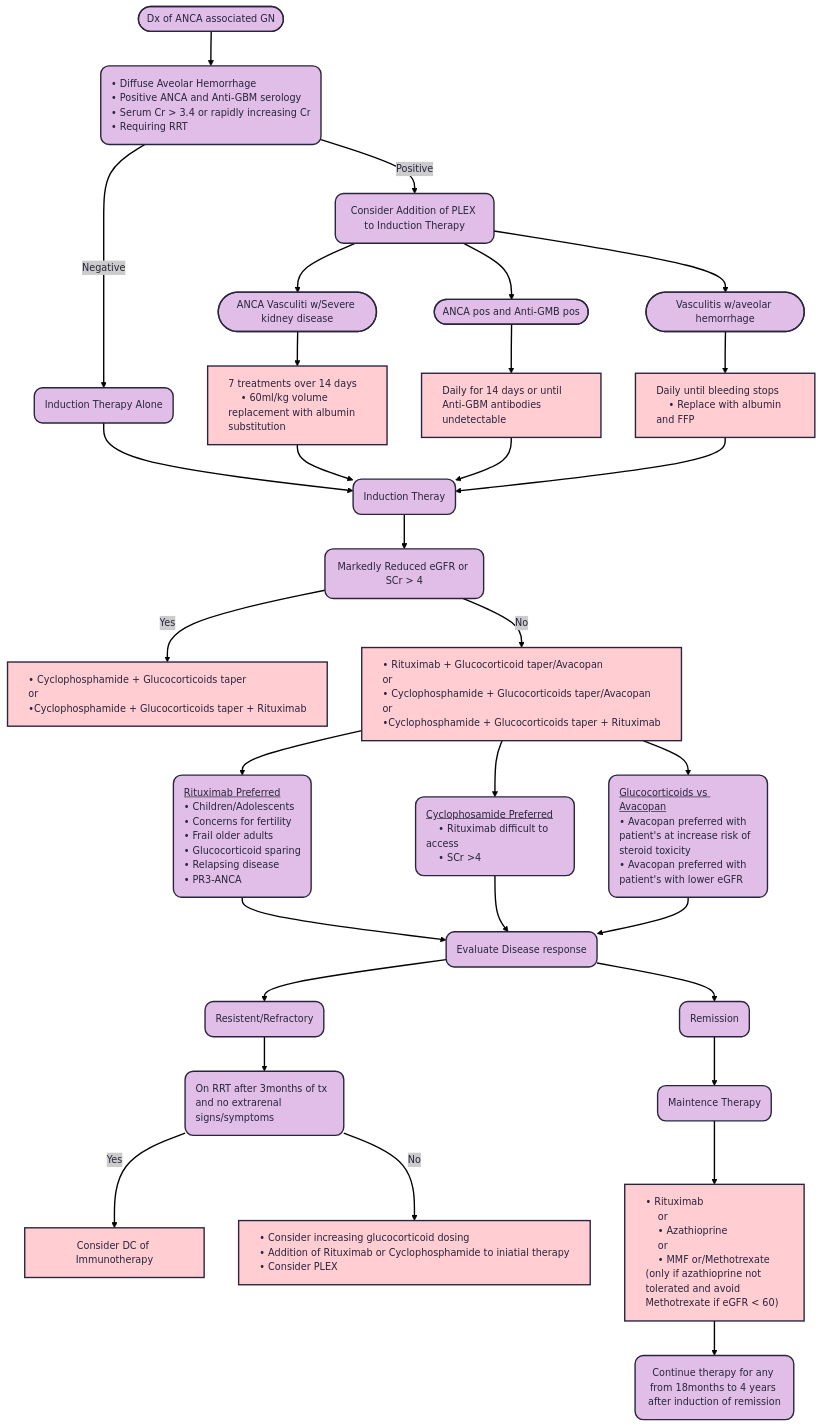
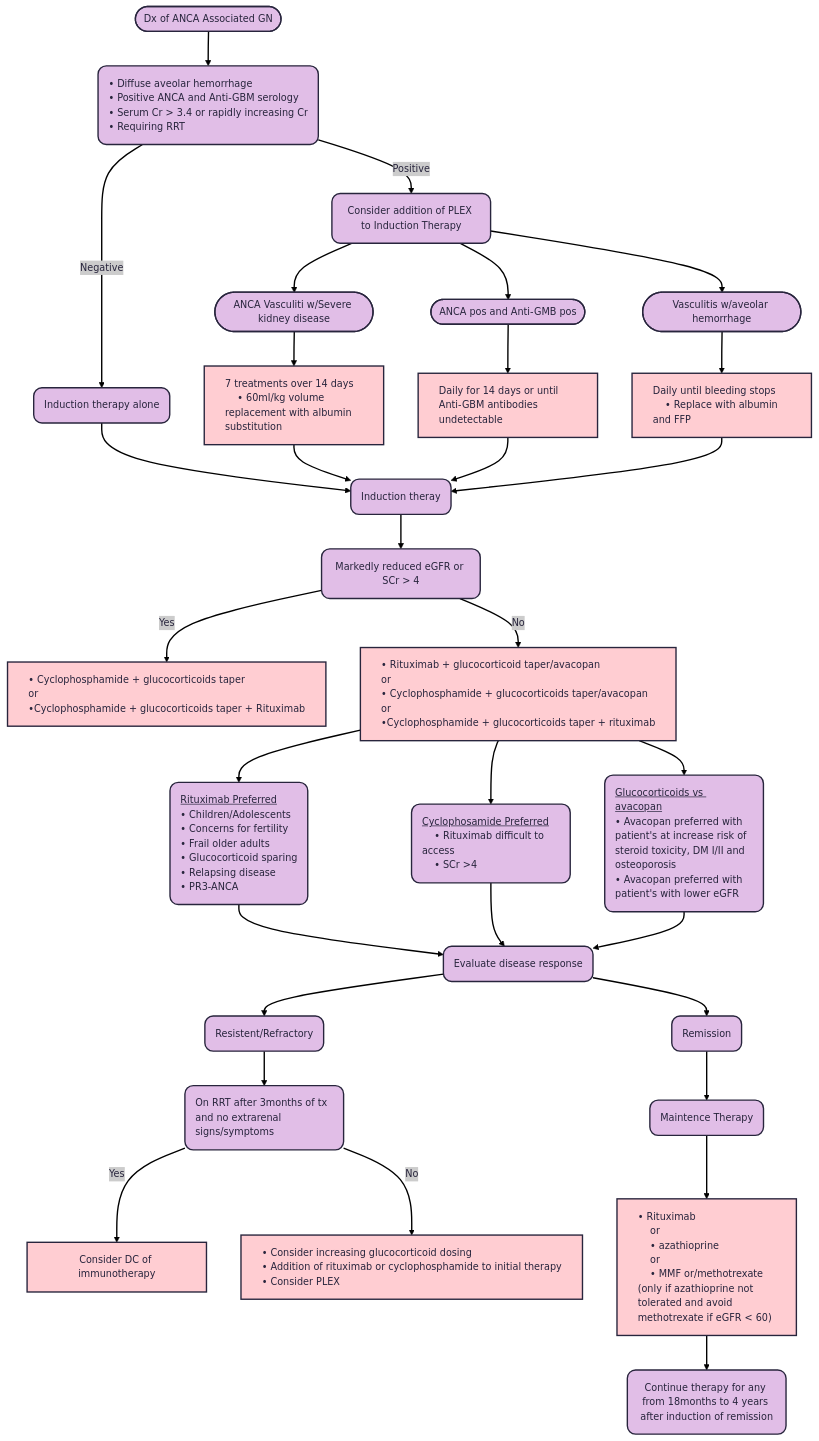
The second of 2 diagrams in docs/ANCA.md (TTUNEPH2025/GN), drawn with Mermaid before and after one commit.

```diff
--- a/docs/ANCA.md
+++ b/docs/ANCA.md
@@ -152,14 +152,14 @@
   theme: redux
 ---
 flowchart TD
-    A(["Dx of ANCA associated GN"]) --> n2["• Diffuse Aveolar Hemorrhage
+    A(["Dx of ANCA Associated GN"]) --> n2["• Diffuse aveolar hemorrhage
     • Positive ANCA and Anti-GBM serology
     • Serum Cr > 3.4 or rapidly increasing Cr
     • Requiring RRT"]
-    n2 -- Negative --> n1["Induction Therapy Alone"]
-    n2 -- Positive --> n3["Consider Addition of PLEX to Induction Therapy"]
+    n2 -- Negative --> n1["Induction therapy alone"]
+    n2 -- Positive --> n3["Consider addition of PLEX to Induction Therapy"]
     n3 --> n4(["ANCA Vasculiti w/Severe kidney disease"]) & n5(["Vasculitis w/aveolar hemorrhage"]) & n6(["ANCA pos and Anti-GMB pos"])
-    n1 --> n7["Induction Theray"]
+    n1 --> n7["Induction theray"]
     n4 --> n10["7 treatments over 14 days
     • 60ml/kg volume replacement with albumin substitution"]
     n6 --> n11["Daily for 14 days or until Anti-GBM antibodies undetectable"]
@@ -168,15 +168,15 @@
     n10 --> n7
     n11 --> n7
     n12 --> n7
-    n7 --> n13["Markedly Reduced eGFR or SCr > 4"]
-    n13 -- Yes --> n16["• Cyclophosphamide + Glucocorticoids taper
+    n7 --> n13["Markedly reduced eGFR or SCr > 4"]
+    n13 -- Yes --> n16["• Cyclophosphamide + glucocorticoids taper
     or
-    •Cyclophosphamide + Glucocorticoids taper + Rituximab"]
-    n13 -- No --> n17["• Rituximab + Glucocorticoid taper/Avacopan 
+    •Cyclophosphamide + glucocorticoids taper + Rituximab"]
+    n13 -- No --> n17["• Rituximab + glucocorticoid taper/avacopan 
     or
-    • Cyclophosphamide + Glucocorticoids taper/Avacopan
+    • Cyclophosphamide + glucocorticoids taper/avacopan
     or
-    •Cyclophosphamide + Glucocorticoids taper + Rituximab"]
+    •Cyclophosphamide + glucocorticoids taper + rituximab"]
     n17 --> n18["<ins>Rituximab Preferred</ins>
     • Children/Adolescents
     • Concerns for fertility
@@ -185,22 +185,22 @@
     • Relapsing disease
     • PR3-ANCA"] & n19["<ins>Cyclophosamide Preferred</ins>
     • Rituximab difficult to access
-    • SCr &gt;4"] & n20@{ label: "<ins>Glucocorticoids vs Avacopan</ins>\n    • Avacopan preferred with patient's at increase risk of steroid toxicity\n    • Avacopan preferred with patient's with lower eGFR" }
-    n18 --> n21["Evaluate Disease response"]
+    • SCr &gt;4"] & n20@{ label: "<ins>Glucocorticoids vs avacopan</ins>\n    • Avacopan preferred with patient's at increase risk of steroid toxicity, DM I/II and osteoporosis\n    • Avacopan preferred with patient's with lower eGFR" }
+    n18 --> n21["Evaluate disease response"]
     n19 --> n21
     n20 --> n21
     n21 --> n22["Remission"] & n23["Resistent/Refractory"]
     n22 --> n24["Maintence Therapy"]
     n23 --> n25["On RRT after 3months of tx and no extrarenal signs/symptoms"]
-    n25 -- Yes --> n26["Consider DC of Immunotherapy"]
+    n25 -- Yes --> n26["Consider DC of immunotherapy"]
     n25 -- No --> n27["• Consider increasing glucocorticoid dosing
-    • Addition of Rituximab or Cyclophosphamide to iniatial therapy
+    • Addition of rituximab or cyclophosphamide to initial therapy
     • Consider PLEX"]
     n24 --> n28["• Rituximab 
     or
-    • Azathioprine
+    • azathioprine
     or
-    • MMF or/Methotrexate (only if azathioprine not tolerated and avoid Methotrexate if eGFR &lt; 60)"]
+    • MMF or/methotrexate (only if azathioprine not tolerated and avoid methotrexate if eGFR &lt; 60)"]
     n28 --> n29["Continue therapy for any from 18months to 4 years after induction of remission"]
     n2@{ shape: rounded}
     n1@{ shape: rounded}
```
